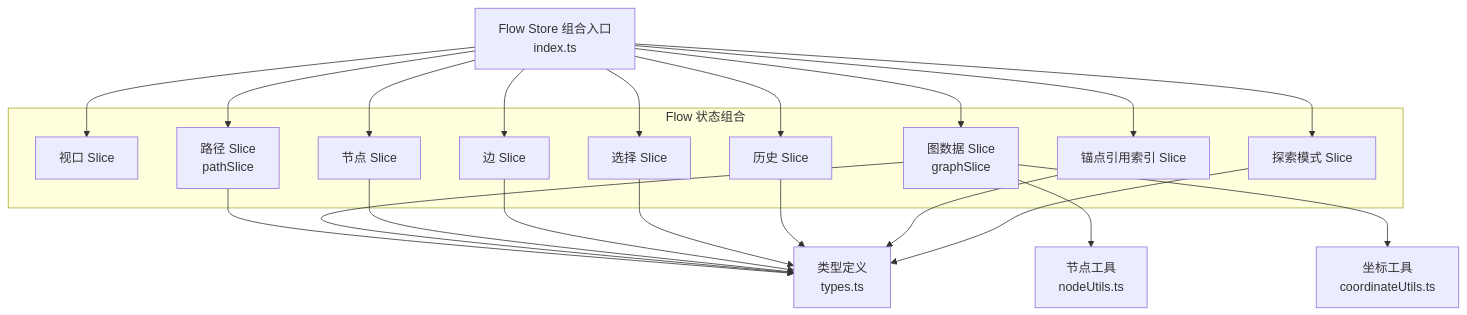
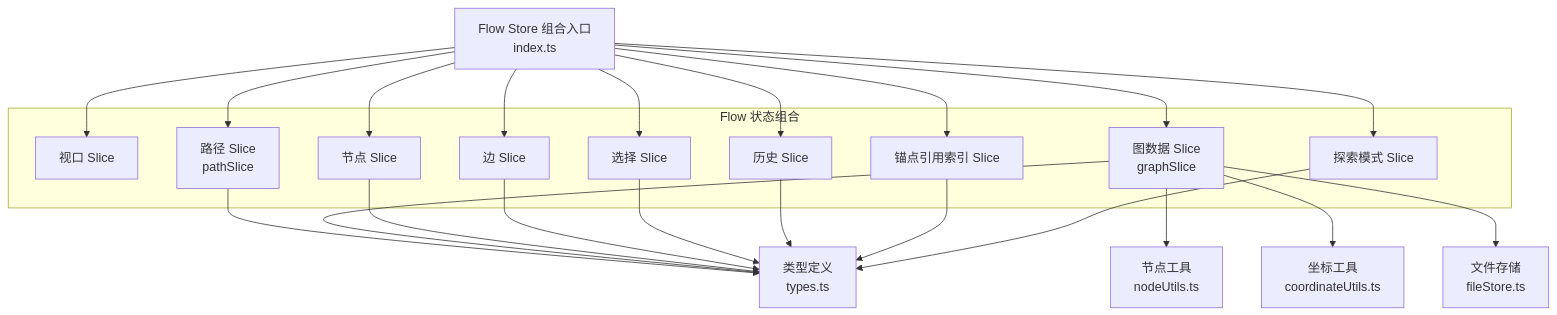
The first of 6 diagrams in .qoder/repowiki/zh/content/状态管理系统/Flow Store 核心状态/图状态管理 (graphSlice).md (kqcoxn/MaaPipelineEditor), drawn with Mermaid before and after one commit. The commit also changed other lines of this file and 37 other files, not shown here.

````diff
--- a/.qoder/repowiki/zh/content/状态管理系统/Flow Store 核心状态/图状态管理 (graphSlice).md
+++ b/.qoder/repowiki/zh/content/状态管理系统/Flow Store 核心状态/图状态管理 (graphSlice).md
@@ -39,33 +50,34 @@
 ```mermaid
 graph TB
 subgraph "Flow 状态组合"
 VS["视口 Slice"]
 SS["选择 Slice"]
 HS["历史 Slice"]
 NS["节点 Slice"]
 ES["边 Slice"]
 GS["图数据 Slice<br/>graphSlice"]
 PS["路径 Slice<br/>pathSlice"]
 ARS["锚点引用索引 Slice"]
 EXS["探索模式 Slice"]
 end
 IDX["Flow Store 组合入口<br/>index.ts"] --> VS
 IDX --> SS
 IDX --> HS
 IDX --> NS
 IDX --> ES
 IDX --> GS
 IDX --> PS
 IDX --> ARS
 IDX --> EXS
 GS --> NU["节点工具<br/>nodeUtils.ts"]
 GS --> CU["坐标工具<br/>coordinateUtils.ts"]
 PS --> T["类型定义<br/>types.ts"]
 GS --> T
 NS --> T
 ES --> T
 SS --> T
 HS --> T
 ARS --> T
 EXS --> T
+GS --> FS["文件存储<br/>fileStore.ts"]
 ```
````
